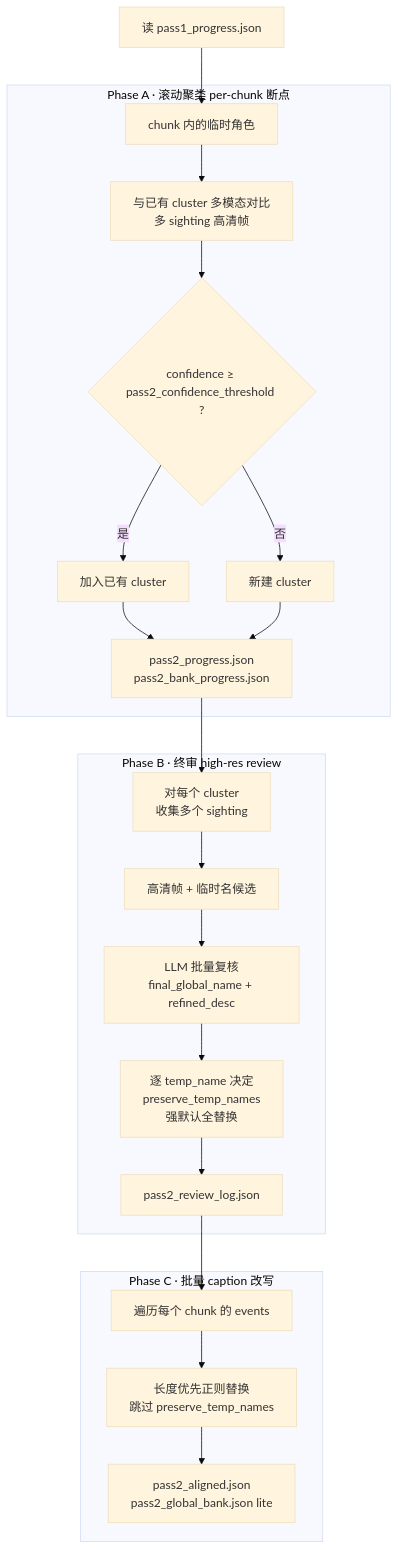
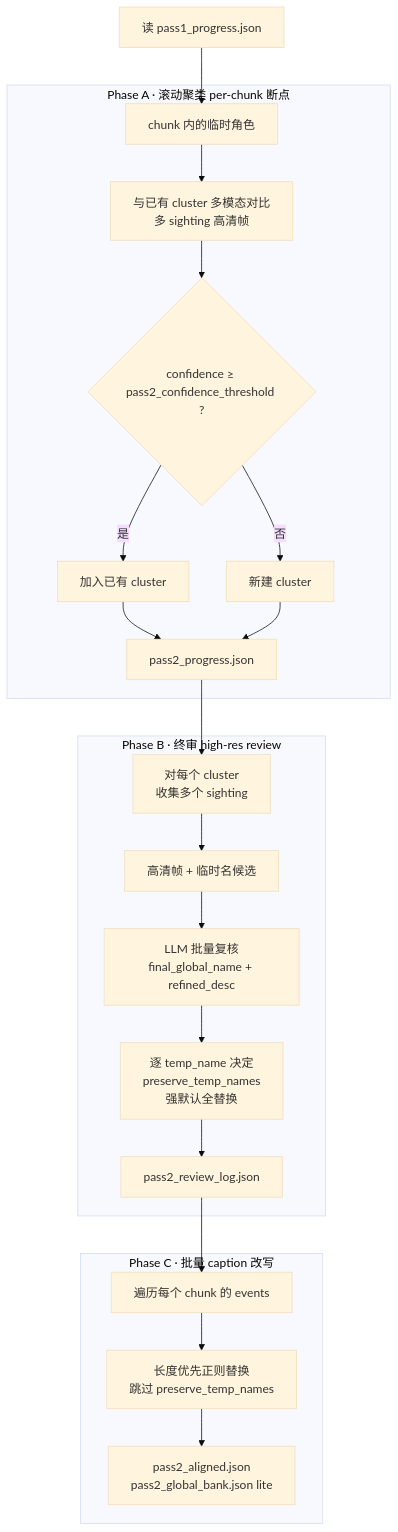
Before and after one commit to warmheartHoward/LongVideoCaption: the third of 4 diagrams in README.md, drawn with Mermaid (base theme). The commit also changed other lines of this file and 8 other files, not shown here.

````diff
--- a/README.md
+++ b/README.md
@@ -92,29 +93,29 @@
 ```mermaid
 flowchart TB
     Read["读 pass1_progress.json"] --> PA
 
     subgraph PhaseA["Phase A · 滚动聚类 per-chunk 断点"]
         PA["chunk 内的临时角色"] --> Compare["与已有 cluster 多模态对比<br/>多 sighting 高清帧"]
         Compare --> Conf{"confidence ≥ pass2_confidence_threshold ?"}
         Conf -->|"是"| Merge["加入已有 cluster"]
         Conf -->|"否"| New["新建 cluster"]
-        Merge --> WriteA["pass2_progress.json<br/>pass2_bank_progress.json"]
+        Merge --> WriteA["pass2_progress.json"]
         New --> WriteA
     end
 
     WriteA --> PB
 
     subgraph PhaseB["Phase B · 终审 high-res review"]
         PB["对每个 cluster<br/>收集多个 sighting"] --> HiRes["高清帧 + 临时名候选"]
         HiRes --> Review["LLM 批量复核<br/>final_global_name + refined_desc"]
         Review --> Preserve["逐 temp_name 决定<br/>preserve_temp_names<br/>强默认全替换"]
         Preserve --> WriteB["pass2_review_log.json"]
     end
 
     WriteB --> PC
 
     subgraph PhaseC["Phase C · 批量 caption 改写"]
         PC["遍历每个 chunk 的 events"] --> Regex["长度优先正则替换<br/>跳过 preserve_temp_names"]
         Regex --> WriteC["pass2_aligned.json<br/>pass2_global_bank.json lite"]
     end
 ```
````
